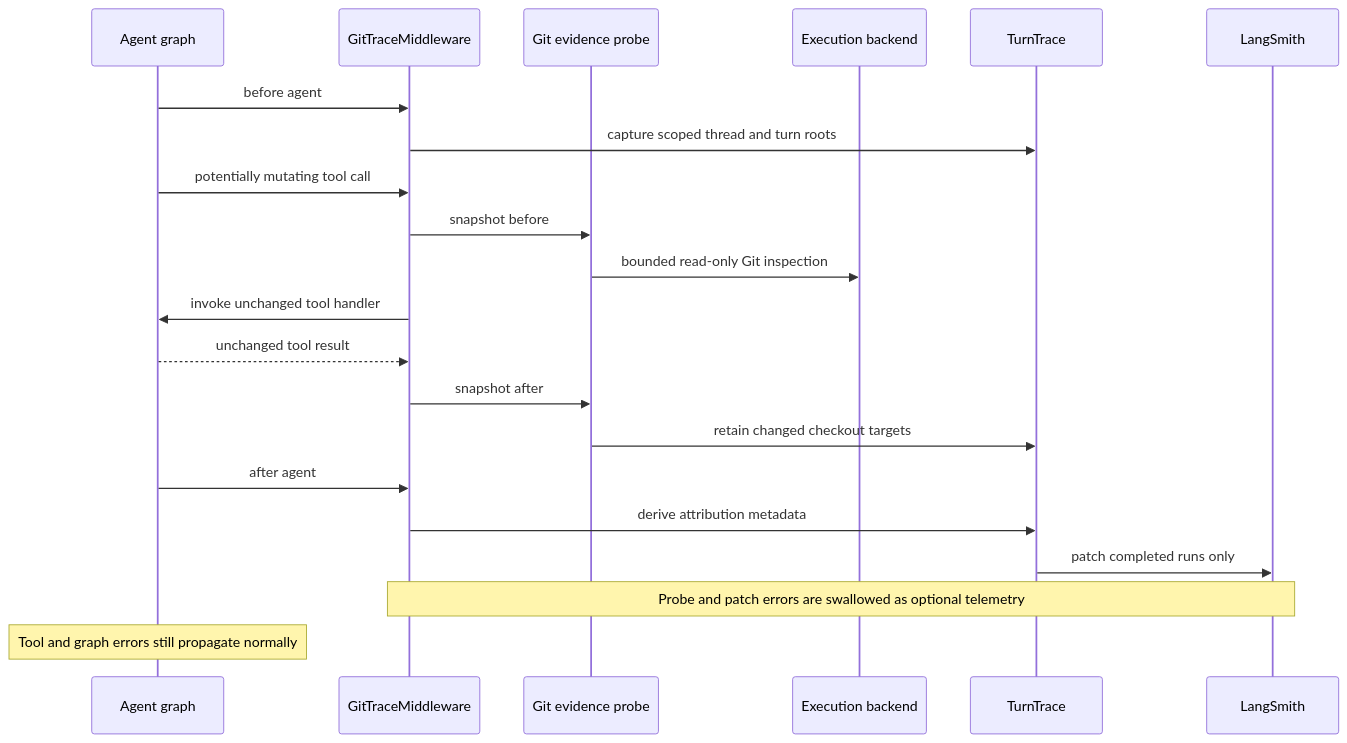
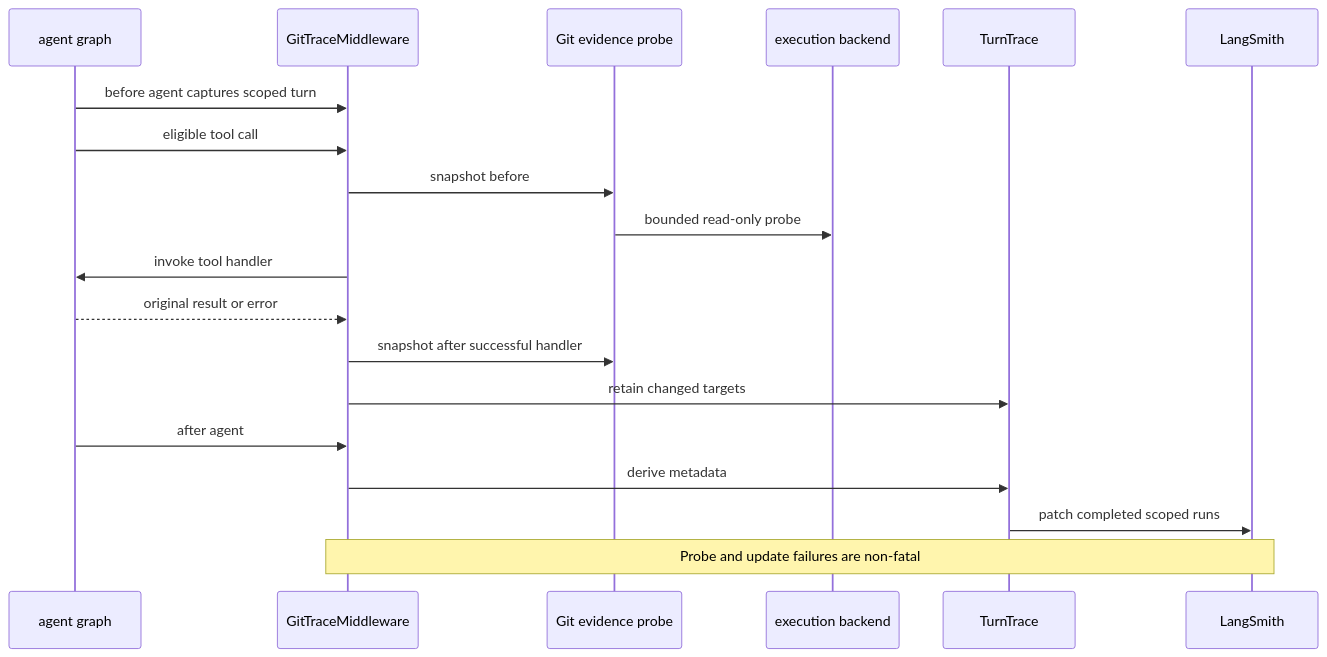
Before and after one commit to langchain-ai/deepagents: the first of 2 diagrams in openwiki/concepts/trace-attribution.md, drawn with Mermaid. The commit also changed other lines of this file and 63 other files, not shown here.

````diff
--- a/openwiki/concepts/trace-attribution.md
+++ b/openwiki/concepts/trace-attribution.md
@@ -37,24 +51,22 @@
 ```mermaid
 sequenceDiagram
-    participant Graph as Agent graph
+    participant Graph as agent graph
     participant Middleware as GitTraceMiddleware
     participant Evidence as Git evidence probe
-    participant Backend as Execution backend
-    participant Trace as TurnTrace
+    participant Backend as execution backend
+    participant Turn as TurnTrace
     participant LangSmith as LangSmith
 
-    Graph->>Middleware: before agent
-    Middleware->>Trace: capture scoped thread and turn roots
-    Graph->>Middleware: potentially mutating tool call
+    Graph->>Middleware: before agent captures scoped turn
+    Graph->>Middleware: eligible tool call
     Middleware->>Evidence: snapshot before
-    Evidence->>Backend: bounded read-only Git inspection
-    Middleware->>Graph: invoke unchanged tool handler
-    Graph-->>Middleware: unchanged tool result
-    Middleware->>Evidence: snapshot after
-    Evidence->>Trace: retain changed checkout targets
+    Evidence->>Backend: bounded read-only probe
+    Middleware->>Graph: invoke tool handler
+    Graph-->>Middleware: original result or error
+    Middleware->>Evidence: snapshot after successful handler
+    Middleware->>Turn: retain changed targets
     Graph->>Middleware: after agent
-    Middleware->>Trace: derive attribution metadata
-    Trace->>LangSmith: patch completed runs only
-    Note over Middleware,LangSmith: Probe and patch errors are swallowed as optional telemetry
-    Note over Graph: Tool and graph errors still propagate normally
+    Middleware->>Turn: derive metadata
+    Turn->>LangSmith: patch completed scoped runs
+    Note over Middleware,LangSmith: Probe and update failures are non-fatal
 ```
````
